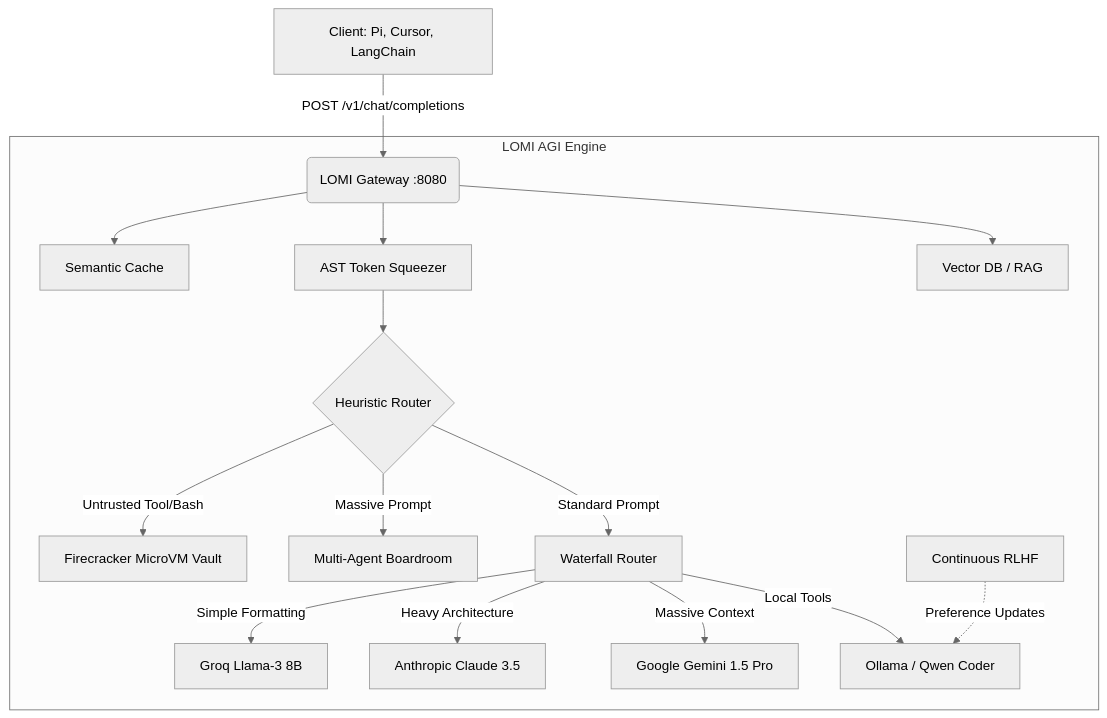
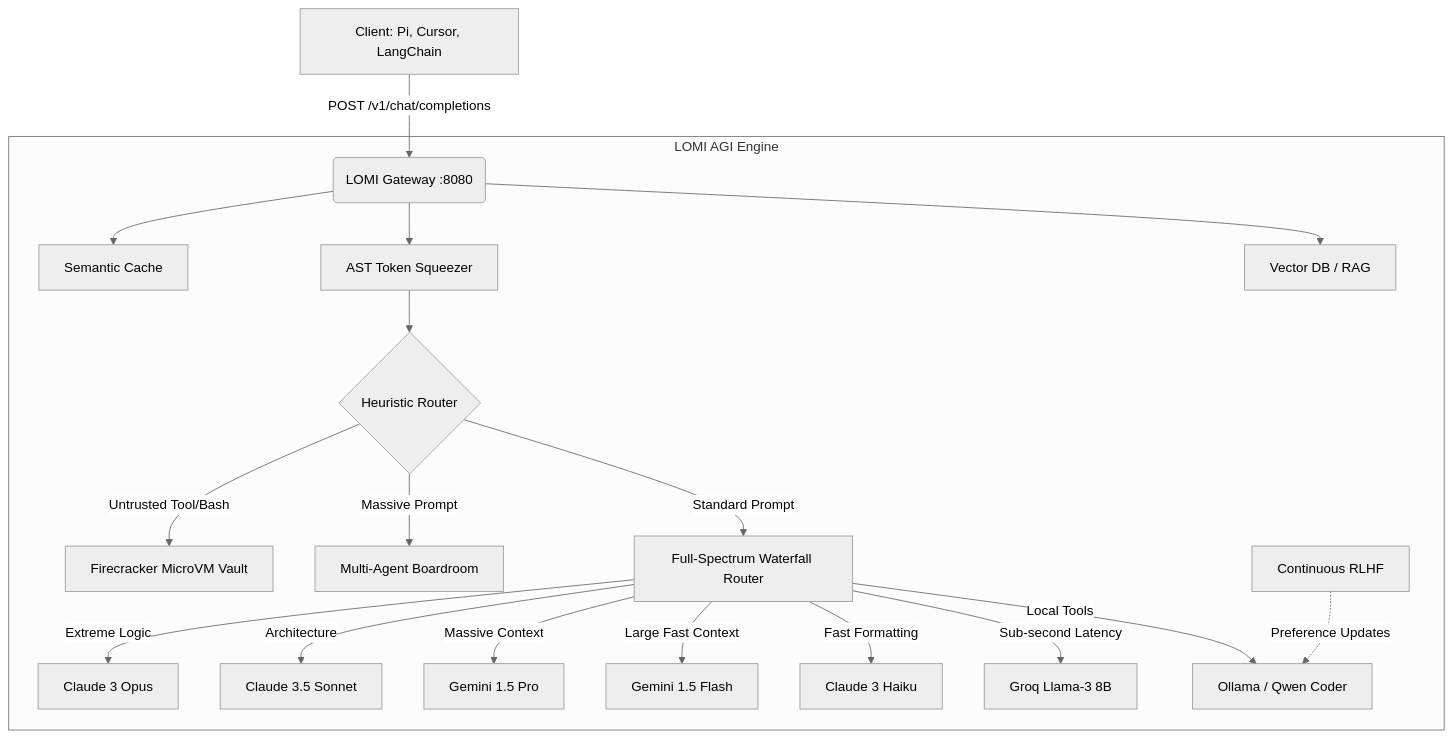
Before and after one commit to CharleGutierrez/lomi: the diagram in README.md, drawn with Mermaid (neutral theme). The commit also changed other lines of this file and 1 other file, not shown here.

Commit message:
feat: upgrade Universal Router to support full Gemini and Claude lineups

````diff
--- a/README.md
+++ b/README.md
@@ -58,22 +58,25 @@
 ```mermaid
 graph TD
     Client[Client: Pi, Cursor, LangChain] -->|POST /v1/chat/completions| LomiGateway(LOMI Gateway :8080)
     
     subgraph LOMI AGI Engine
         LomiGateway --> Cache[Semantic Cache]
         LomiGateway --> AST[AST Token Squeezer]
         LomiGateway --> RAG[Vector DB / RAG]
         
         AST --> Decision{Heuristic Router}
         Decision -->|Untrusted Tool/Bash| Vault[Firecracker MicroVM Vault]
         Decision -->|Massive Prompt| Boardroom[Multi-Agent Boardroom]
-        Decision -->|Standard Prompt| Waterfall[Waterfall Router]
+        Decision -->|Standard Prompt| Waterfall[Full-Spectrum Waterfall Router]
         
-        Waterfall -->|Simple Formatting| Groq[Groq Llama-3 8B]
-        Waterfall -->|Heavy Architecture| Claude[Anthropic Claude 3.5]
-        Waterfall -->|Massive Context| Gemini[Google Gemini 1.5 Pro]
+        Waterfall -->|Extreme Logic| Opus[Claude 3 Opus]
+        Waterfall -->|Architecture| Sonnet[Claude 3.5 Sonnet]
+        Waterfall -->|Massive Context| GeminiPro[Gemini 1.5 Pro]
+        Waterfall -->|Large Fast Context| GeminiFlash[Gemini 1.5 Flash]
+        Waterfall -->|Fast Formatting| Haiku[Claude 3 Haiku]
+        Waterfall -->|Sub-second Latency| Groq[Groq Llama-3 8B]
         Waterfall -->|Local Tools| Local[Ollama / Qwen Coder]
         
         RLHF[Continuous RLHF] -.->|Preference Updates| Local
     end
 ```
````
